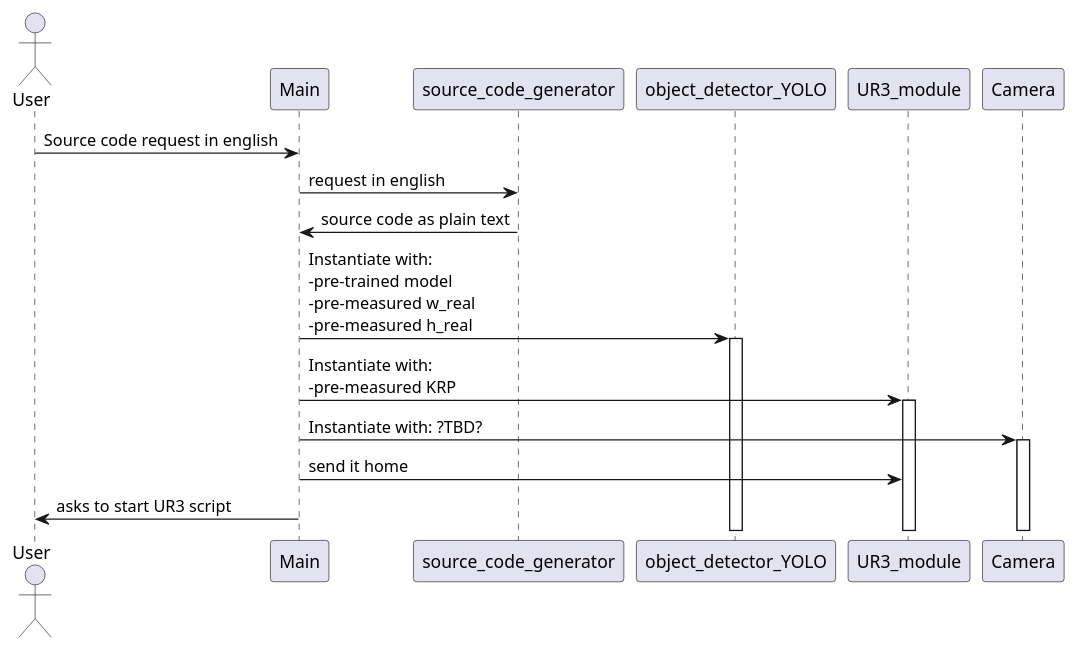
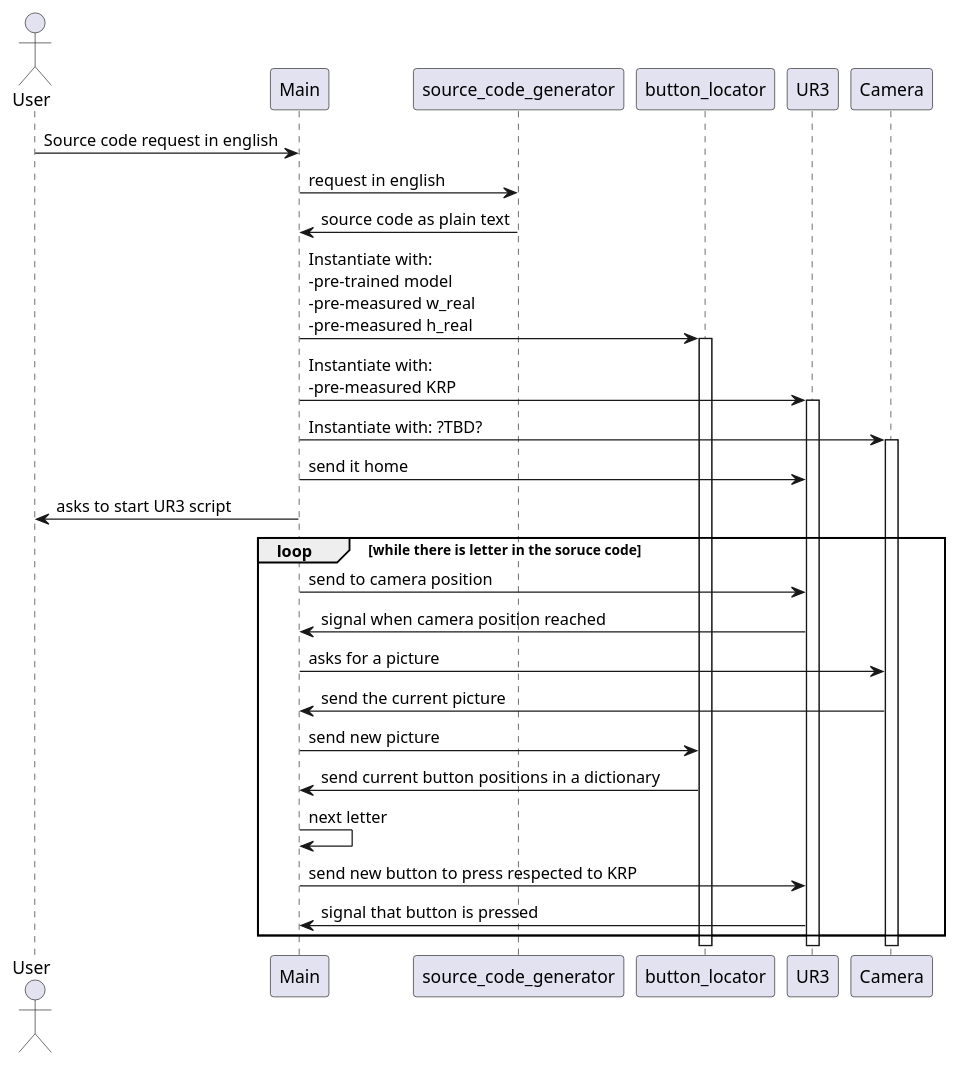
One commit to nalfod/RoboRevo changed the diagram in UMLs/main_sequence_diagram.plantuml. Above: the diagram before and after it, drawn with PlantUML.

Commit message:
Updates main uml

```diff
--- a/UMLs/main_sequence_diagram.plantuml
+++ b/UMLs/main_sequence_diagram.plantuml
@@ -1,32 +1,49 @@
 @startuml
 
 actor User as user
 participant Main as main
 participant source_code_generator as coder
-participant object_detector_YOLO as yolo
-participant UR3_module as ur3
+participant button_locator as yolo
+participant UR3 as ur3
 participant Camera as camera
 
 
 
 
 user -> main: Source code request in english
 main -> coder: request in english
 coder -> main: source code as plain text
 
 main -> yolo: Instantiate with:\n-pre-trained model\n-pre-measured w_real\n-pre-measured h_real
 activate yolo
 
 main -> ur3: Instantiate with:\n-pre-measured KRP
 activate ur3
 
 main -> camera: Instantiate with: ?TBD?
 activate camera
 
 main -> ur3: send it home
 main -> user: asks to start UR3 script
 
 
+'From now on, it is a loop
+loop while there is letter in the soruce code
+    main -> ur3: send to camera position
+    ur3 -> main: signal when camera position reached
+
+    main -> camera: asks for a picture
+    camera -> main: send the current picture
+
+    main -> yolo: send new picture
+    yolo -> main: send current button positions in a dictionary
+
+    main -> main: next letter
+
+    main -> ur3: send new button to press respected to KRP
+    ur3 -> main: signal that button is pressed
+end
+
 
 
 @enduml
```
